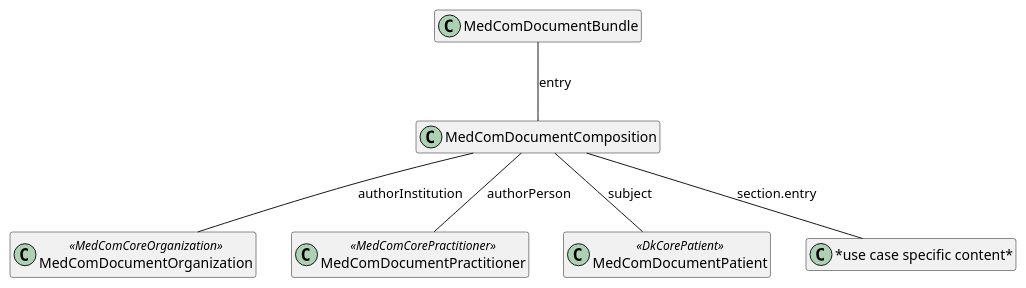
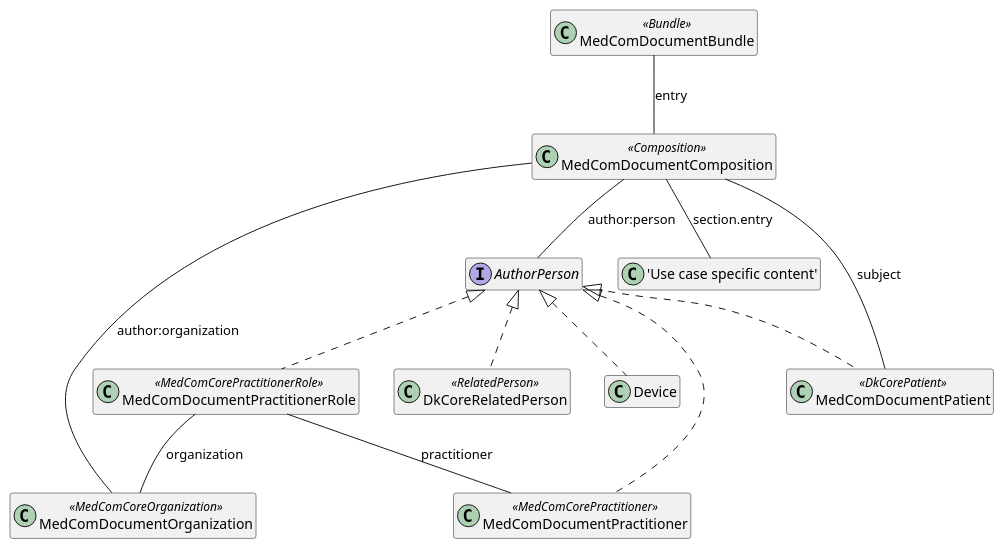
The diagram in puml/MedComDocument.puml (medcomdk/dk-medcom-document), drawn with PlantUML before and after one commit.

Commit message:
Corrected UML diagram

```diff
--- a/puml/MedComDocument.puml
+++ b/puml/MedComDocument.puml
@@ -1,19 +1,39 @@
 @startuml DocumentModel
 
 hide empty members
 
-class "MedComDocumentBundle" as document
-class "MedComDocumentComposition" as composition
+class "MedComDocumentBundle" as document <<Bundle>>
+class "MedComDocumentComposition" as composition <<Composition>>
+
 class "MedComDocumentOrganization" as organization <<MedComCoreOrganization>>
 class "MedComDocumentPractitioner" as practitioner <<MedComCorePractitioner>>
+class "MedComDocumentPractitionerRole" as practitionerrole <<MedComCorePractitionerRole>>
 class "MedComDocumentPatient" as patient <<DkCorePatient>>
-class "*use case specific content*" as clinical
+class "DkCoreRelatedPerson" as relatedperson <<RelatedPerson>>
+class "Device" as device
+class "'Use case specific content'" as content
 
+' Fælles abstraktion for alle, der kan være author:person
+interface "AuthorPerson" as authorPerson
+
+' --- Struktur på dokumentet ---
 document -- composition : "entry"
-composition -- organization : "authorInstitution"
-composition -- practitioner : "authorPerson"
+
+' Composition peger på den fælles type
+composition -- authorPerson : "author:person"
+composition -- organization : "author:organization"
 composition -- patient : "subject"
-composition -- clinical : "section.entry"
+composition -- content : "section.entry"
 
+' PractitionerRole’s egne relationer bevares
+practitionerrole -- practitioner : "practitioner"
+practitionerrole -- organization : "organization"
+
+' Hvilke typer kan være author:person?
+authorPerson <|.. practitioner
+authorPerson <|.. practitionerrole
+authorPerson <|.. patient
+authorPerson <|.. relatedperson
+authorPerson <|.. device
 
 @enduml
```
